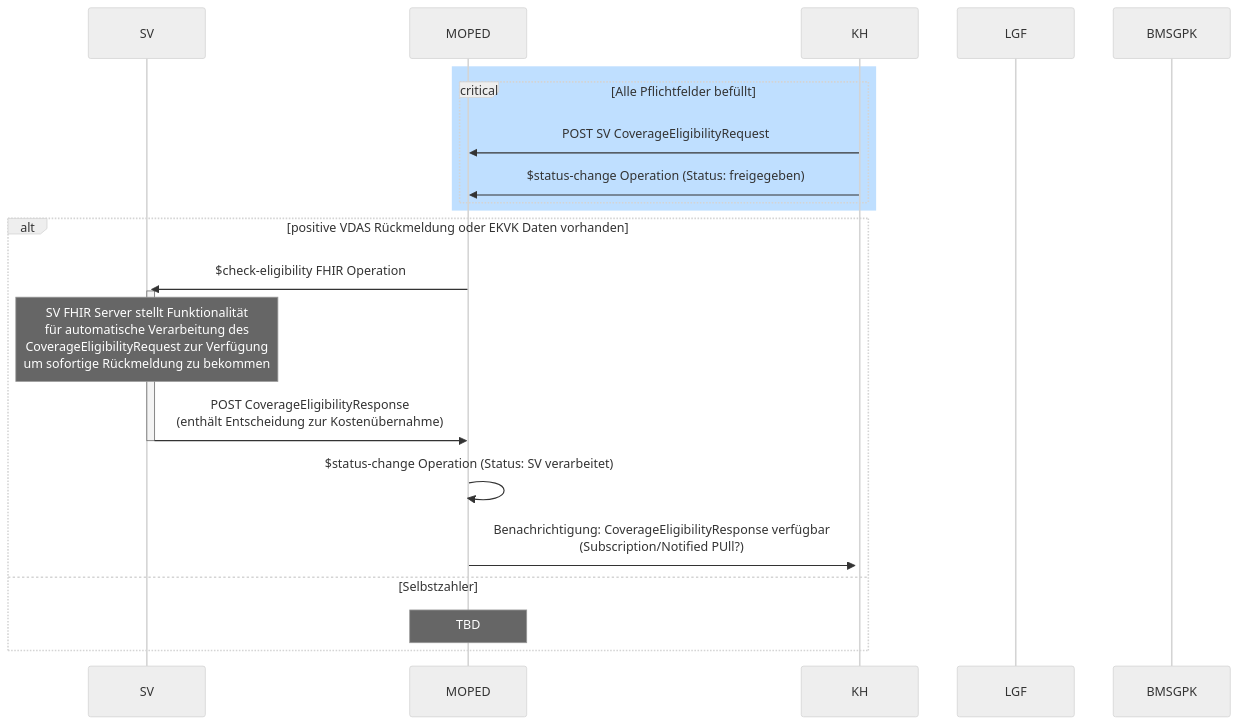
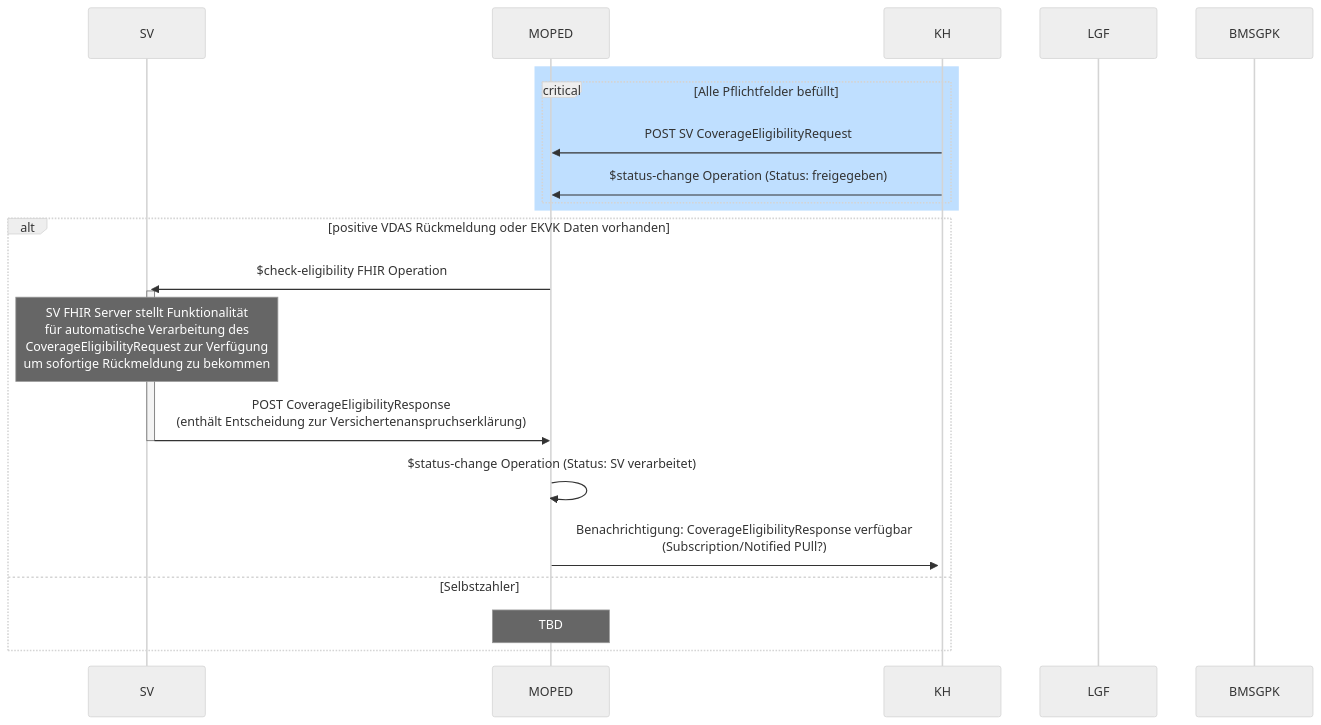
Before and after one commit to HL7Austria/hl7austria.github.io: the diagram in r5-ELGA-MOPED-main/kostenübernahme_seq.md, drawn with Mermaid (neutral theme). The commit also changed 1173 other files, not shown here.

````diff
--- a/r5-ELGA-MOPED-main/kostenübernahme_seq.md
+++ b/r5-ELGA-MOPED-main/kostenübernahme_seq.md
@@ -1,35 +1,35 @@
 ```mermaid
 sequenceDiagram
     
     
     participant SV
     participant M as MOPED
     participant KH
     participant L as LGF
     participant B as BMSGPK
     
     
     rect rgb(191, 223, 255)
     critical Alle Pflichtfelder befüllt
     %%Plifchtfelder definieren? - über mehrere Ressourcen verteilt
     KH ->> M: POST SV CoverageEligibilityRequest 
     KH->>M: $status-change Operation (Status: freigegeben)
     end
     end
     alt positive VDAS Rückmeldung oder EKVK Daten vorhanden
 
     activate SV
     M->>+SV: $check-eligibility FHIR Operation
     Note over SV: SV FHIR Server stellt Funktionalität<br/> für automatische Verarbeitung des <br/>CoverageEligibilityRequest zur Verfügung<br/>um sofortige Rückmeldung zu bekommen
-    SV->>M: POST CoverageEligibilityResponse <br/>(enthält Entscheidung zur Kostenübernahme)
+    SV->>M: POST CoverageEligibilityResponse <br/>(enthält Entscheidung zur Versichertenanspruchserklärung)
     deactivate SV
     M->>M: $status-change Operation (Status: SV verarbeitet)
     M->>+KH: Benachrichtigung: CoverageEligibilityResponse verfügbar <br/>(Subscription/Notified PUll?)
     else Selbstzahler
     Note over M: TBD 
     end
     
     
     
     
 ```
````
